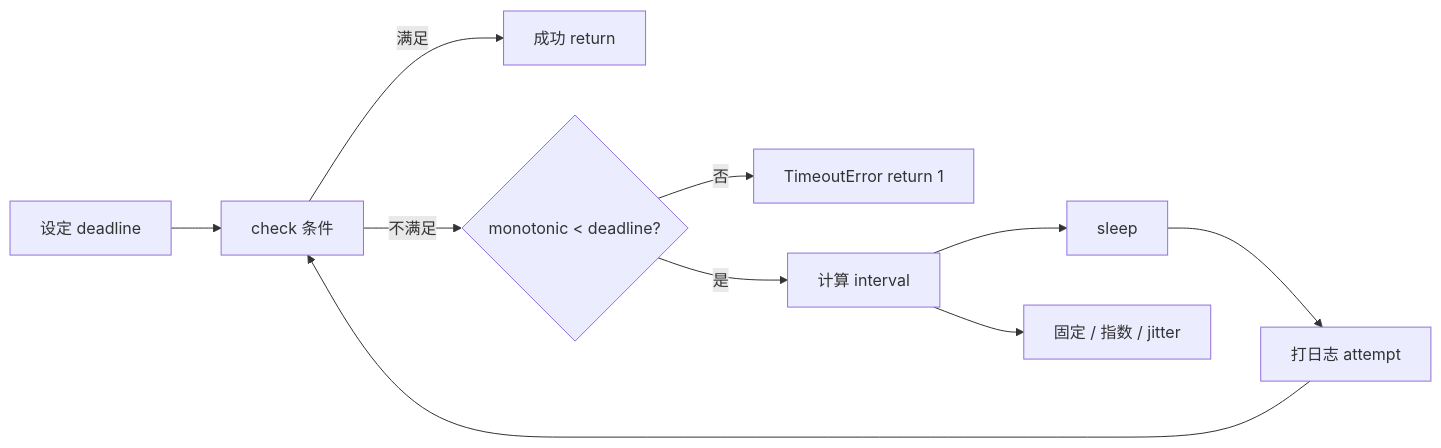
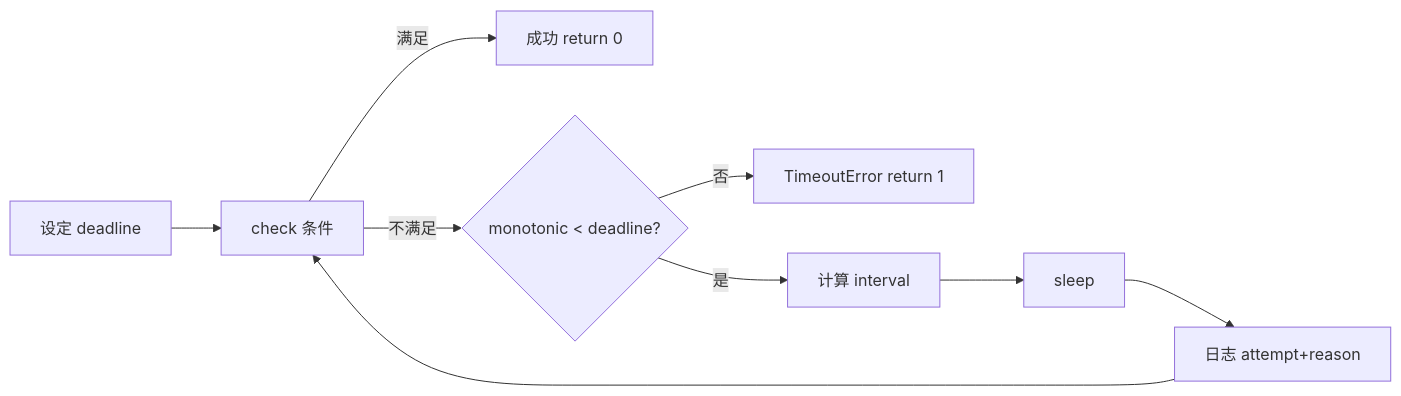
One commit to ml-cuizijun/LearnToLilith changed the first of 4 diagrams in 05-开发能力/02-Python/11-轮询超时与退避/知识点.md. Above: the diagram before and after it, drawn with Mermaid. The commit also changed other lines of this file and 178 other files, not shown here.

````diff
--- a/05-开发能力/02-Python/11-轮询超时与退避/知识点.md
+++ b/05-开发能力/02-Python/11-轮询超时与退避/知识点.md
@@ -78,12 +90,11 @@
 ```mermaid
 flowchart LR
     A[设定 deadline] --> B[check 条件]
-    B -->|满足| C[成功 return]
+    B -->|满足| C[成功 return 0]
     B -->|不满足| D{monotonic < deadline?}
     D -->|否| E[TimeoutError return 1]
     D -->|是| F[计算 interval]
     F --> G[sleep]
-    G --> H[打日志 attempt]
+    G --> H[日志 attempt+reason]
     H --> B
-    F --> I[固定 / 指数 / jitter]
 ```
````
